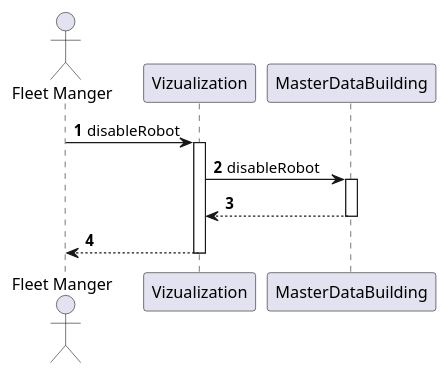
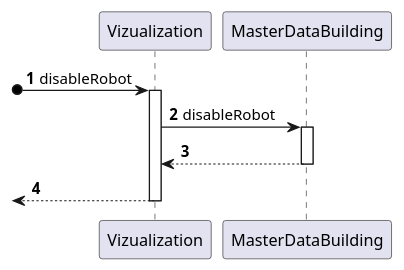
The diagram in docs/US_370/Diagrams/Level2/ProcessView.puml (Pedro-Pereira1/sem5pi_23_24_g056), drawn with PlantUML before and after one commit.

Commit message:
Updated level 2 views on md file for US 370

```diff
--- a/docs/US_370/Diagrams/Level2/ProcessView.puml
+++ b/docs/US_370/Diagrams/Level2/ProcessView.puml
@@ -1,21 +1,20 @@
-@startuml processLevel2
+@startuml
 'https://plantuml.com/sequence-diagram
 
 autonumber
-actor "Fleet Manger" as CM
 participant Vizualization
 participant MasterDataBuilding
 
-CM -> Vizualization : disableRobot
+?o-> Vizualization : disableRobot
 activate Vizualization
 
 Vizualization -> MasterDataBuilding : disableRobot
 activate MasterDataBuilding
 
 MasterDataBuilding --> Vizualization
 deactivate MasterDataBuilding
 
-Vizualization --> CM
+<-- Vizualization
 deactivate Vizualization
 
 @enduml
```
